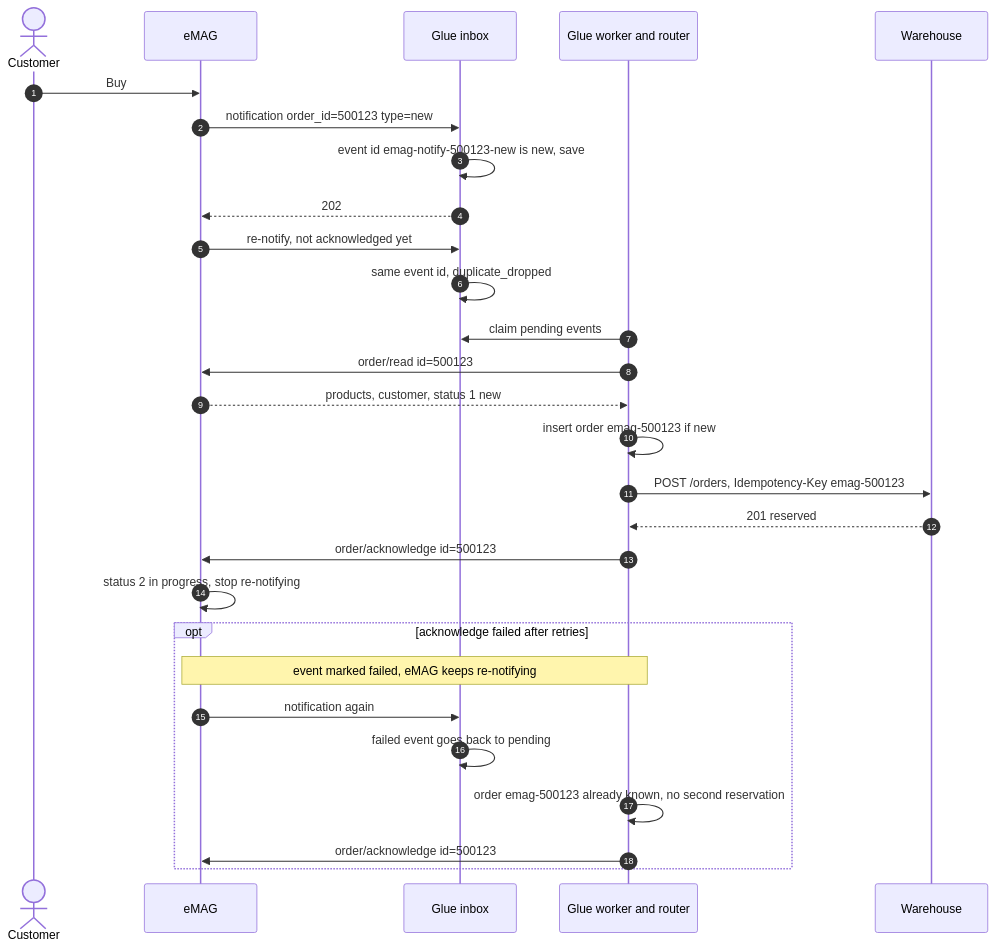
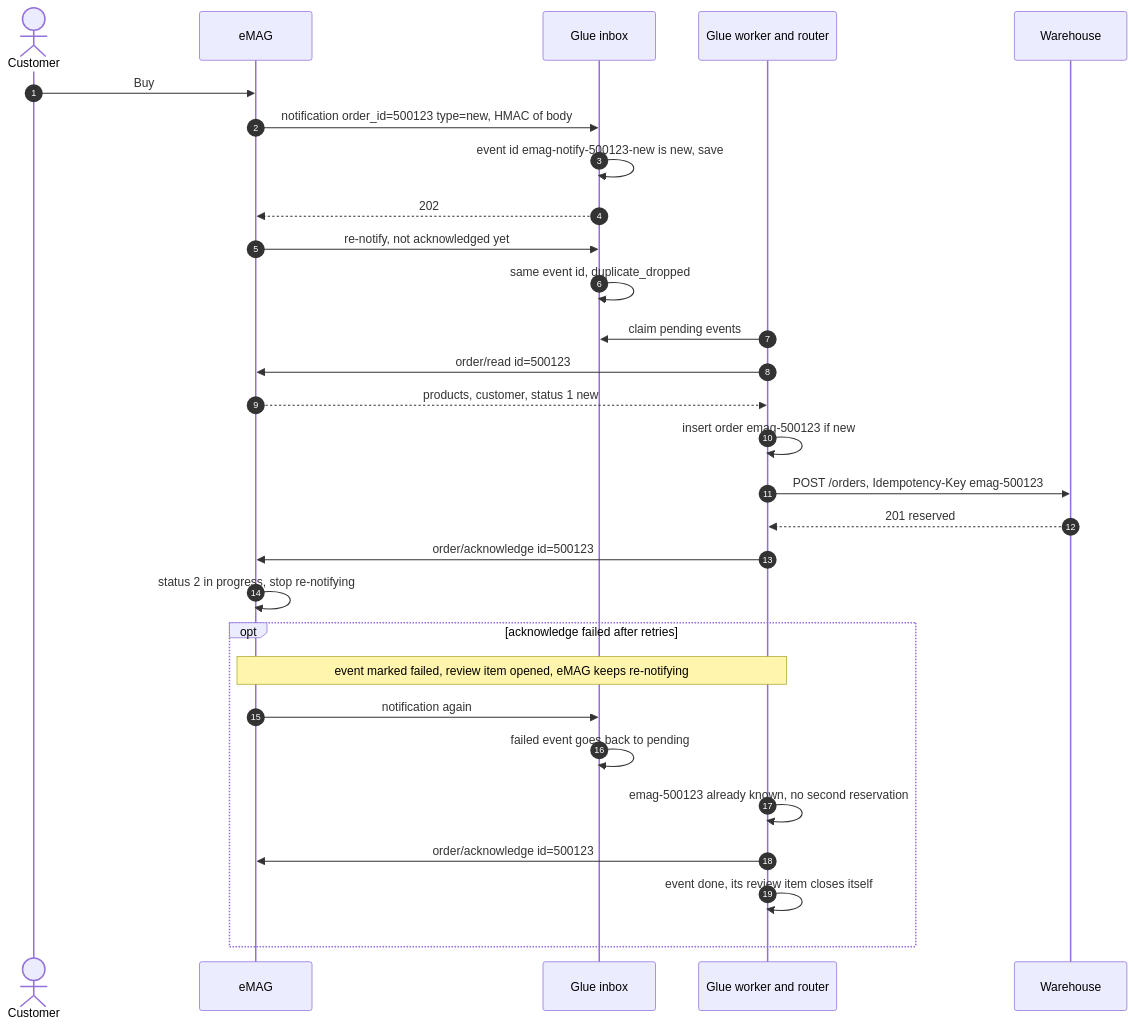
One commit to PantelimonGulie/adb-glue-service changed the third of 8 diagrams in docs/architecture.md. Above: the diagram before and after it, drawn with Mermaid. The commit also changed other lines of this file and 3 other files, not shown here.

````diff
--- a/docs/architecture.md
+++ b/docs/architecture.md
@@ -110,31 +156,32 @@
 ```mermaid
 sequenceDiagram
     autonumber
     actor C as Customer
     participant E as eMAG
     participant I as Glue inbox
     participant G as Glue worker and router
     participant WH as Warehouse
 
     C->>E: Buy
-    E->>I: notification order_id=500123 type=new
+    E->>I: notification order_id=500123 type=new, HMAC of body
     I->>I: event id emag-notify-500123-new is new, save
     I-->>E: 202
     E->>I: re-notify, not acknowledged yet
     I->>I: same event id, duplicate_dropped
     G->>I: claim pending events
     G->>E: order/read id=500123
     E-->>G: products, customer, status 1 new
     G->>G: insert order emag-500123 if new
     G->>WH: POST /orders, Idempotency-Key emag-500123
     WH-->>G: 201 reserved
     G->>E: order/acknowledge id=500123
     E->>E: status 2 in progress, stop re-notifying
     opt acknowledge failed after retries
-        Note over G,E: event marked failed, eMAG keeps re-notifying
+        Note over G,E: event marked failed, review item opened, eMAG keeps re-notifying
         E->>I: notification again
         I->>I: failed event goes back to pending
-        G->>G: order emag-500123 already known, no second reservation
+        G->>G: emag-500123 already known, no second reservation
         G->>E: order/acknowledge id=500123
+        G->>G: event done, its review item closes itself
     end
 ```
````
